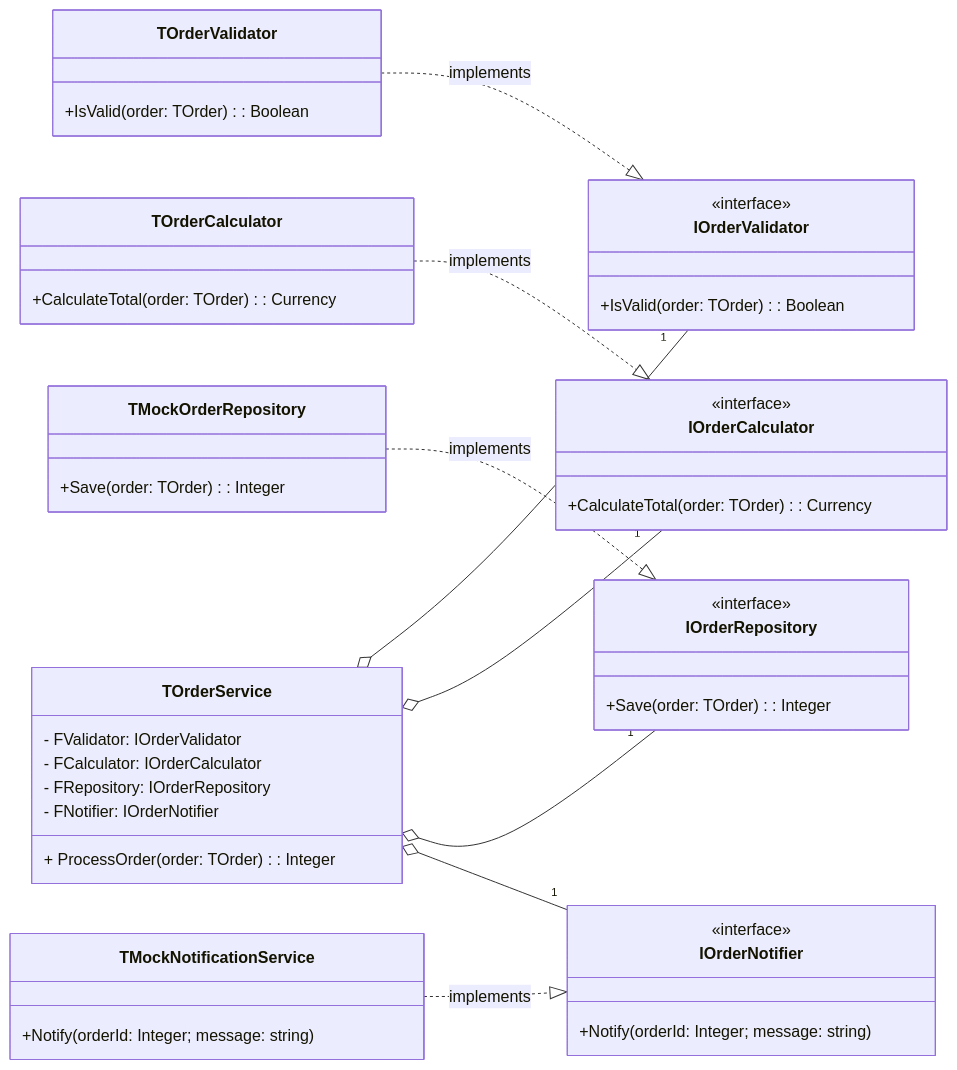
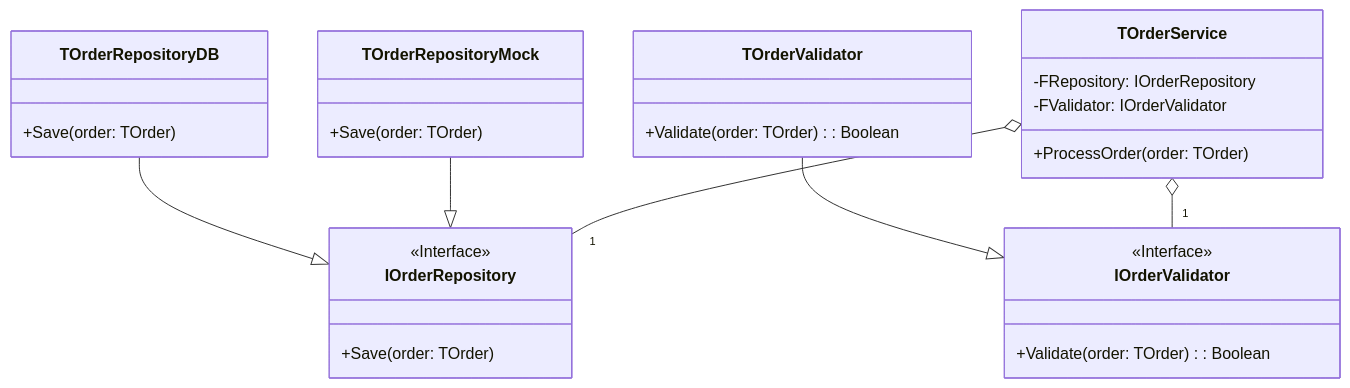
Before and after one commit to Juliolimahen/clean-code-and-solid-delphi: the second of 5 diagrams in README.MD, drawn with Mermaid. The commit also changed other lines of this file, not shown here.

````diff
--- a/README.MD
+++ b/README.MD
@@ -151,52 +115,31 @@
 ```mermaid
 classDiagram
-    direction LR
-
+    class IOrderRepository {
+        <<Interface>>
+        +Save(order: TOrder)
+    }
     class IOrderValidator {
-        <<interface>>
-        +IsValid(order: TOrder): Boolean
+        <<Interface>>
+        +Validate(order: TOrder): Boolean
     }
-    class IOrderCalculator {
-        <<interface>>
-        +CalculateTotal(order: TOrder): Currency
+    class TOrderRepositoryDB {
+        +Save(order: TOrder)
     }
-    class IOrderRepository {
-        <<interface>>
-        +Save(order: TOrder): Integer
+    class TOrderRepositoryMock {
+        +Save(order: TOrder)
     }
-    class IOrderNotifier {
-        <<interface>>
-        +Notify(orderId: Integer; message: string)
+    class TOrderValidator {
+        +Validate(order: TOrder): Boolean
+    }
+    class TOrderService {
+        -FRepository: IOrderRepository
+        -FValidator: IOrderValidator
+        +ProcessOrder(order: TOrder)
     }
 
-    class TOrderValidator {
-        +IsValid(order: TOrder): Boolean
-    }
-    class TOrderCalculator {
-        +CalculateTotal(order: TOrder): Currency
-    }
-    class TMockOrderRepository {
-        +Save(order: TOrder): Integer
-    }
-    class TMockNotificationService {
-        +Notify(orderId: Integer; message: string)
-    }
-
-    TOrderValidator ..|> IOrderValidator : implements
-    TOrderCalculator ..|> IOrderCalculator : implements
-    TMockOrderRepository ..|> IOrderRepository : implements
-    TMockNotificationService ..|> IOrderNotifier : implements
-
+    TOrderRepositoryDB --|> IOrderRepository
+    TOrderRepositoryMock --|> IOrderRepository
+    TOrderValidator --|> IOrderValidator
+    TOrderService o-- "1" IOrderRepository
     TOrderService o-- "1" IOrderValidator
-    TOrderService o-- "1" IOrderCalculator
-    TOrderService o-- "1" IOrderRepository
-    TOrderService o-- "1" IOrderNotifier
-
-    class TOrderService {
-        - FValidator: IOrderValidator
-        - FCalculator: IOrderCalculator
-        - FRepository: IOrderRepository
-        - FNotifier: IOrderNotifier
-        + ProcessOrder(order: TOrder): Integer
-    }
 ```
````
